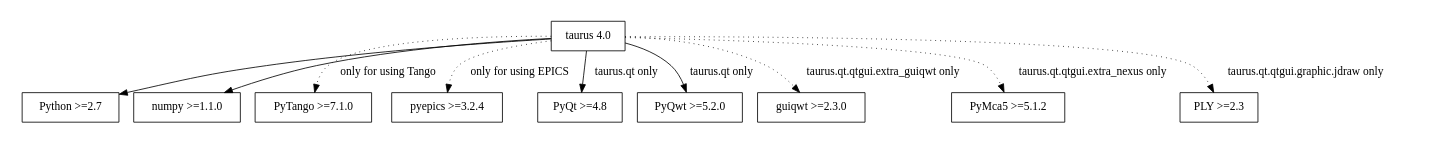
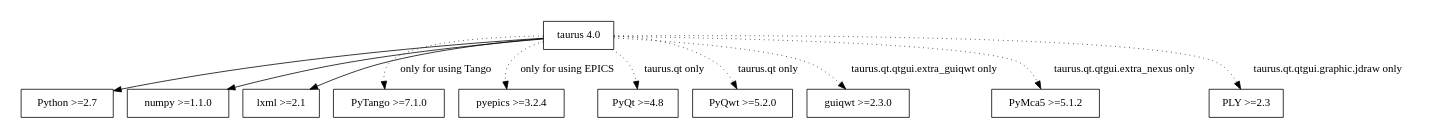
The diagram in doc/source/users/getting_started.rst (mrosanes/taurus_deb), drawn with Graphviz before and after one commit. The commit also changed other lines of this file and 58 other files, not shown here.

```diff
--- a/doc/source/users/getting_started.rst
+++ b/doc/source/users/getting_started.rst
@@ -107,25 +90,27 @@
 .. graphviz::
 
     digraph dependencies {
         size="8,3";
         Taurus      [shape=box,label="taurus 4.0"];
         Python      [shape=box,label="Python >=2.7"];
         numpy       [shape=box,label="numpy >=1.1.0"];
+        lxml        [shape=box,label="lxml >=2.1"];
         PyTango     [shape=box,label="PyTango >=7.1.0"];
         pyepics     [shape=box,label="pyepics >=3.2.4"];
         PyQt        [shape=box,label="PyQt >=4.8"];
         PyQwt       [shape=box,label="PyQwt >=5.2.0"];
         guiqwt      [shape=box,label="guiqwt >=2.3.0"];
         PyMca5      [shape=box,label="PyMca5 >=5.1.2"];
         ply         [shape=box,label="PLY >=2.3"];
 
         Taurus -> Python;
         Taurus -> numpy;
+        Taurus -> lxml;
         Taurus -> PyTango      [style=dotted, label="only for using Tango"];
         Taurus -> pyepics      [style=dotted, label="only for using EPICS"];
-        Taurus -> PyQt         [label="taurus.qt only"];
-        Taurus -> PyQwt        [label="taurus.qt only"];
+        Taurus -> PyQt         [style=dotted, label="taurus.qt only"];
+        Taurus -> PyQwt        [style=dotted, label="taurus.qt only"];
         Taurus -> guiqwt       [style=dotted, label="taurus.qt.qtgui.extra_guiqwt only"];
         Taurus -> PyMca5       [style=dotted, label="taurus.qt.qtgui.extra_nexus only"];
         Taurus -> ply          [style=dotted, label="taurus.qt.qtgui.graphic.jdraw only"];
     }
```
